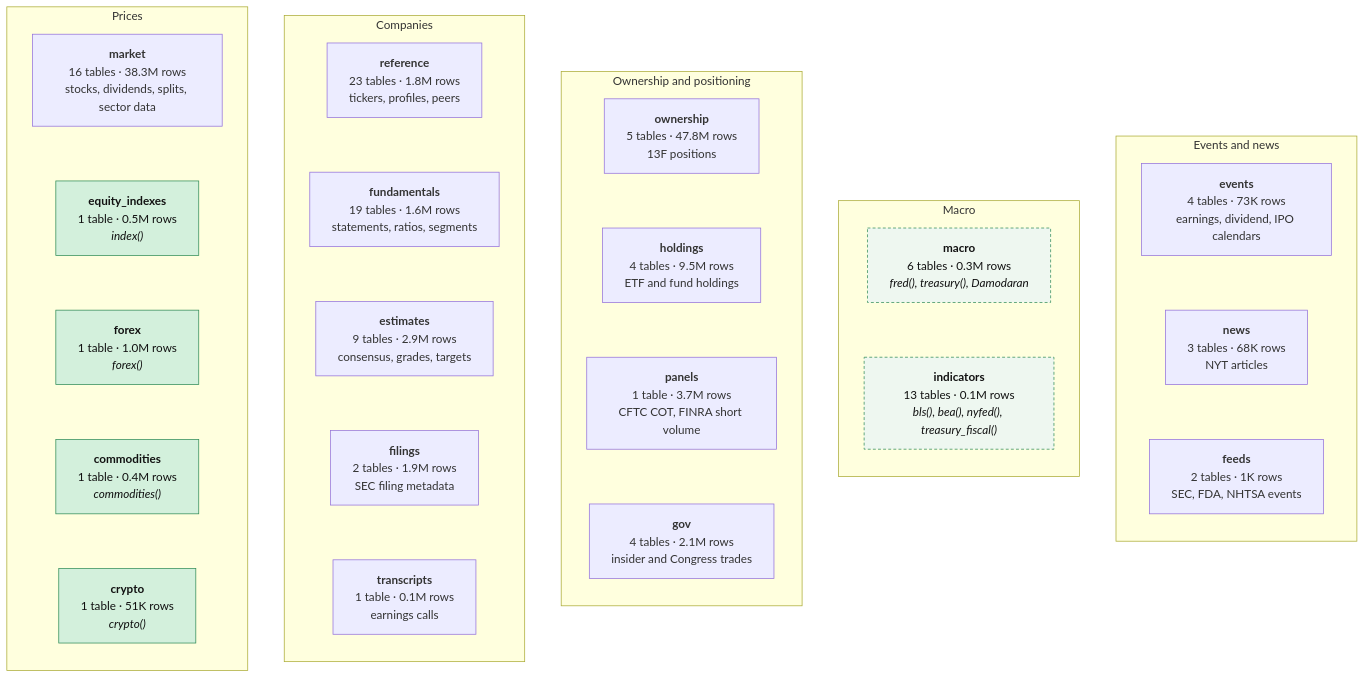
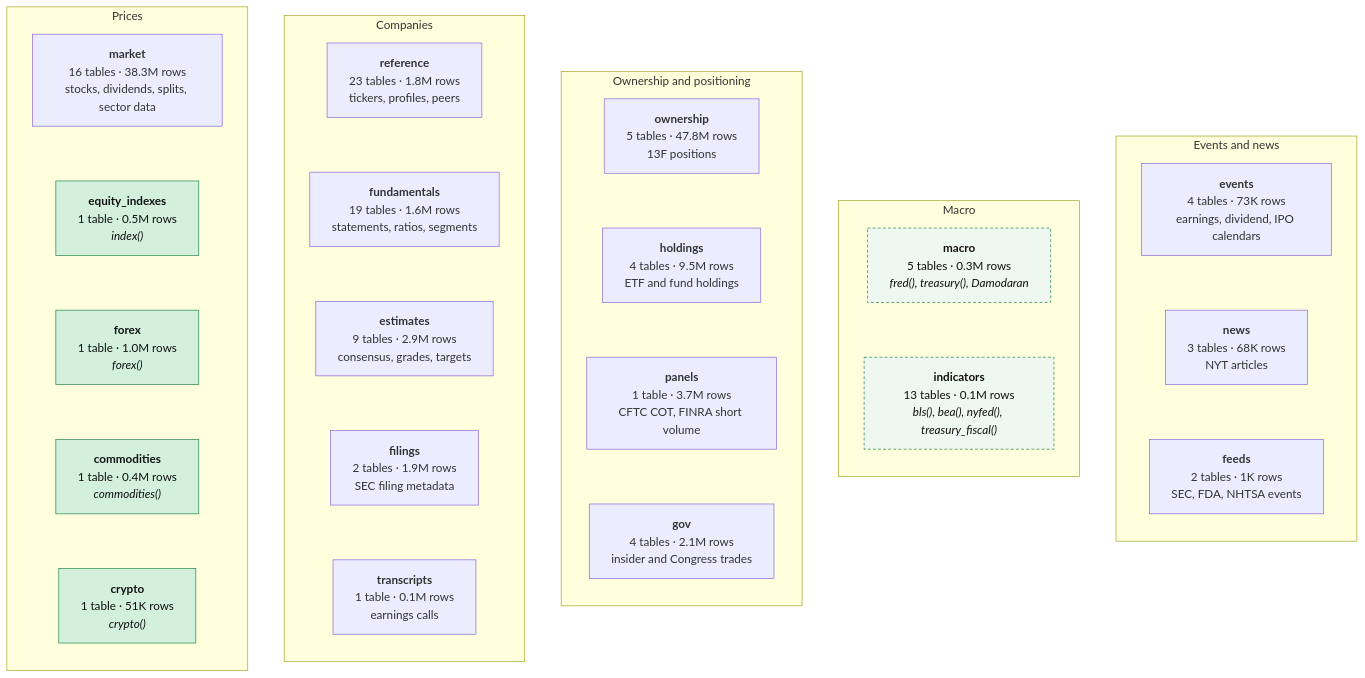
The third of 3 diagrams in README.md (AnshArora04/arora_data), drawn with Mermaid before and after one commit. The commit also changed other lines of this file and 8 other files, not shown here.

````diff
--- a/README.md
+++ b/README.md
@@ -81,48 +81,48 @@
 ```mermaid
 flowchart LR
   subgraph PR["Prices"]
     direction TB
     market["<b>market</b><br/>16 tables · 38.3M rows<br/>stocks, dividends, splits, sector data"]
     equity_indexes["<b>equity_indexes</b><br/>1 table · 0.5M rows<br/><i>index()</i>"]
     forex["<b>forex</b><br/>1 table · 1.0M rows<br/><i>forex()</i>"]
     commodities["<b>commodities</b><br/>1 table · 0.4M rows<br/><i>commodities()</i>"]
     crypto["<b>crypto</b><br/>1 table · 51K rows<br/><i>crypto()</i>"]
   end
   subgraph CO["Companies"]
     direction TB
     reference["<b>reference</b><br/>23 tables · 1.8M rows<br/>tickers, profiles, peers"]
     fundamentals["<b>fundamentals</b><br/>19 tables · 1.6M rows<br/>statements, ratios, segments"]
     estimates["<b>estimates</b><br/>9 tables · 2.9M rows<br/>consensus, grades, targets"]
     filings["<b>filings</b><br/>2 tables · 1.9M rows<br/>SEC filing metadata"]
     transcripts["<b>transcripts</b><br/>1 table · 0.1M rows<br/>earnings calls"]
   end
   subgraph OW["Ownership and positioning"]
     direction TB
     ownership["<b>ownership</b><br/>5 tables · 47.8M rows<br/>13F positions"]
     holdings["<b>holdings</b><br/>4 tables · 9.5M rows<br/>ETF and fund holdings"]
     panels["<b>panels</b><br/>1 table · 3.7M rows<br/>CFTC COT, FINRA short volume"]
     gov["<b>gov</b><br/>4 tables · 2.1M rows<br/>insider and Congress trades"]
   end
   subgraph MA["Macro"]
     direction TB
-    macro["<b>macro</b><br/>6 tables · 0.3M rows<br/><i>fred(), treasury(), Damodaran</i>"]
+    macro["<b>macro</b><br/>5 tables · 0.3M rows<br/><i>fred(), treasury(), Damodaran</i>"]
     indicators["<b>indicators</b><br/>13 tables · 0.1M rows<br/><i>bls(), bea(), nyfed(), treasury_fiscal()</i>"]
   end
   subgraph EV["Events and news"]
     direction TB
     events["<b>events</b><br/>4 tables · 73K rows<br/>earnings, dividend, IPO calendars"]
     news["<b>news</b><br/>3 tables · 68K rows<br/>NYT articles"]
     feeds["<b>feeds</b><br/>2 tables · 1K rows<br/>SEC, FDA, NHTSA events"]
   end
   PR ~~~ CO ~~~ OW ~~~ MA ~~~ EV
   market ~~~ equity_indexes ~~~ forex ~~~ commodities ~~~ crypto
   reference ~~~ fundamentals ~~~ estimates ~~~ filings ~~~ transcripts
   ownership ~~~ holdings ~~~ panels ~~~ gov
   macro ~~~ indicators
   events ~~~ news ~~~ feeds
 
   classDef read fill:#d3f0dc,stroke:#2e8b57,color:#111
   classDef part fill:#eef7f0,stroke:#2e8b57,stroke-dasharray:4 3,color:#111
   class equity_indexes,forex,commodities,crypto read
   class macro,indicators part
 ```
````
